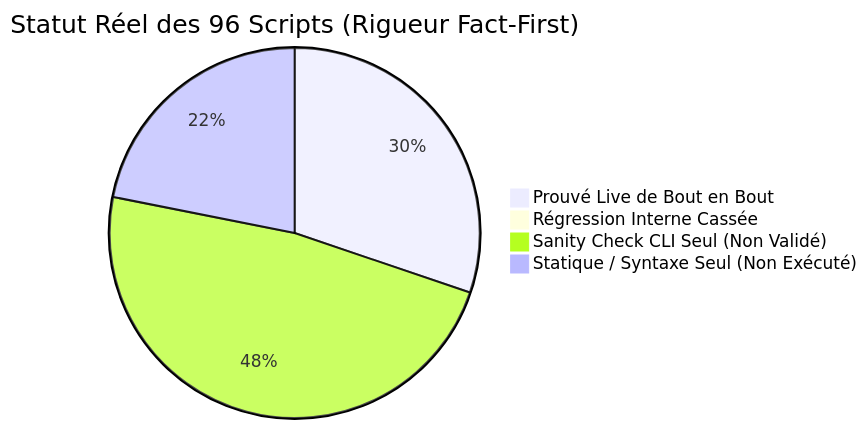
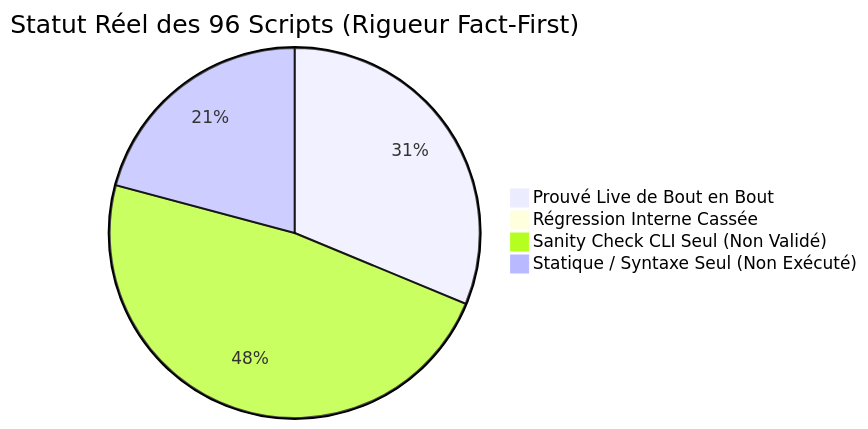
Before and after one commit to yoyonel/pydbsrt: the diagram in docs/reference/2026-11-10-audit-exhaustif-scripts-regressions.md, drawn with Mermaid. The commit also changed other lines of this file and 2 other files, not shown here.

````diff
--- a/docs/reference/2026-11-10-audit-exhaustif-scripts-regressions.md
+++ b/docs/reference/2026-11-10-audit-exhaustif-scripts-regressions.md
@@ -16,7 +16,7 @@
 ```mermaid
 pie title Statut Réel des 96 Scripts (Rigueur Fact-First)
-    "Prouvé Live de Bout en Bout" : 29
+    "Prouvé Live de Bout en Bout" : 30
     "Régression Interne Cassée" : 0
     "Sanity Check CLI Seul (Non Validé)" : 46
-    "Statique / Syntaxe Seul (Non Exécuté)" : 21
+    "Statique / Syntaxe Seul (Non Exécuté)" : 20
 ```
````
